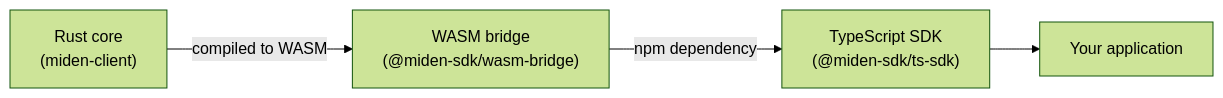
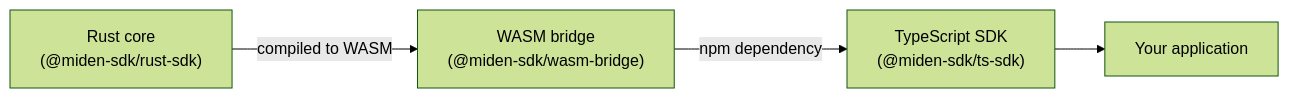
One commit to 0xMiden/miden-docs changed the first of 4 diagrams in docs/builder/client/web-client/design.md. Above: the diagram before and after it, drawn with Mermaid (forest theme). The commit also changed 1 other file, not shown here.

Commit message:
docs: fix Rust core label in mermaid diagrams to @miden-sdk/rust-sdk

````diff
--- a/docs/builder/client/web-client/design.md
+++ b/docs/builder/client/web-client/design.md
@@ -14,6 +14,6 @@
 ```mermaid
 flowchart LR
-    A["Rust core<br/>(miden-client)"] -->|"compiled to WASM"| B["WASM bridge<br/>(@miden-sdk/wasm-bridge)"]
+    A["Rust core<br/>(@miden-sdk/rust-sdk)"] -->|"compiled to WASM"| B["WASM bridge<br/>(@miden-sdk/wasm-bridge)"]
     B -->|"npm dependency"| C["TypeScript SDK<br/>(@miden-sdk/ts-sdk)"]
     C --> D["Your application"]
 ```
````
